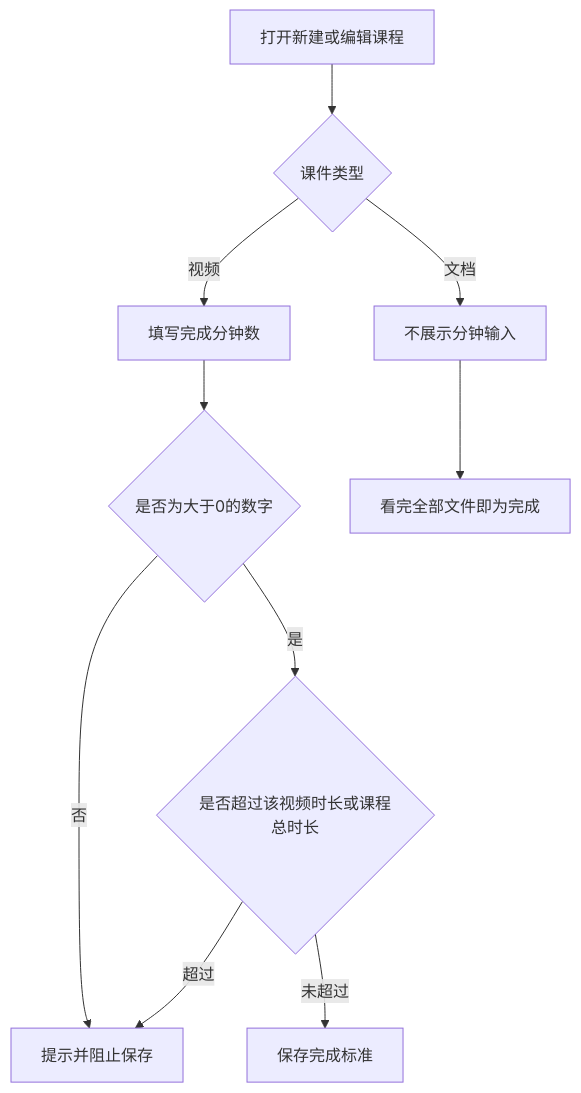
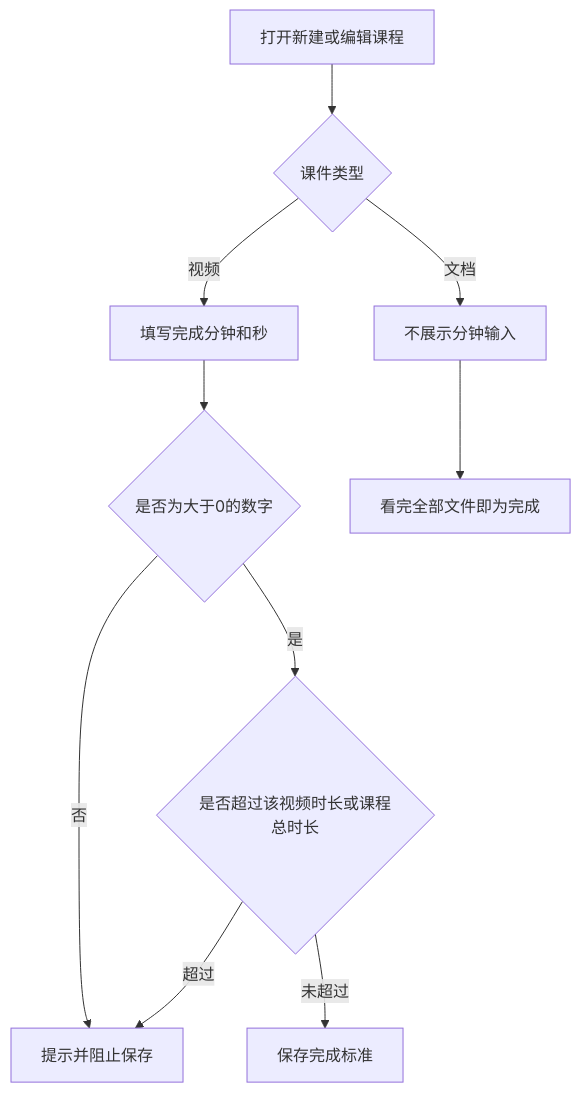
One commit to Yping-98/prototypes changed the first of 7 diagrams in ai-training-completion-homework/PRD-AI质培中台课程完成标准与作业管理.md. Above: the diagram before and after it, drawn with Mermaid. The commit also changed other lines of this file and 1 other file, not shown here.

````diff
--- a/ai-training-completion-homework/PRD-AI质培中台课程完成标准与作业管理.md
+++ b/ai-training-completion-homework/PRD-AI质培中台课程完成标准与作业管理.md
@@ -61,12 +61,12 @@
 ```mermaid
 flowchart TD
     A1[打开新建或编辑课程] --> B1{课件类型}
-    B1 -->|视频| C1[填写完成分钟数]
+    B1 -->|视频| C1[填写完成分钟和秒]
     C1 --> D1{是否为大于0的数字}
     D1 -->|否| E1[提示并阻止保存]
     D1 -->|是| F1{是否超过该视频时长或课程总时长}
     F1 -->|超过| E1
     F1 -->|未超过| G1[保存完成标准]
     B1 -->|文档| H1[不展示分钟输入]
     H1 --> I1[看完全部文件即为完成]
 ```
````
